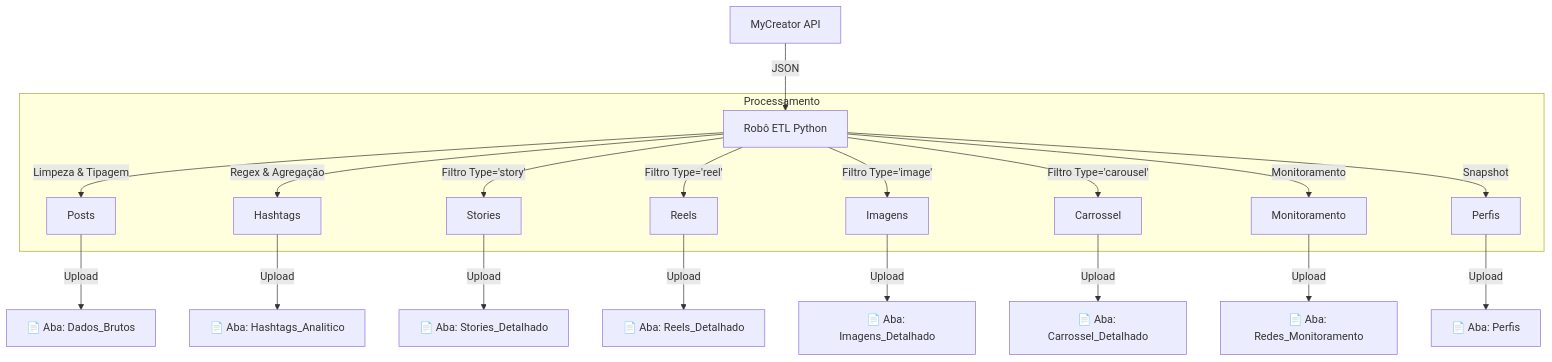
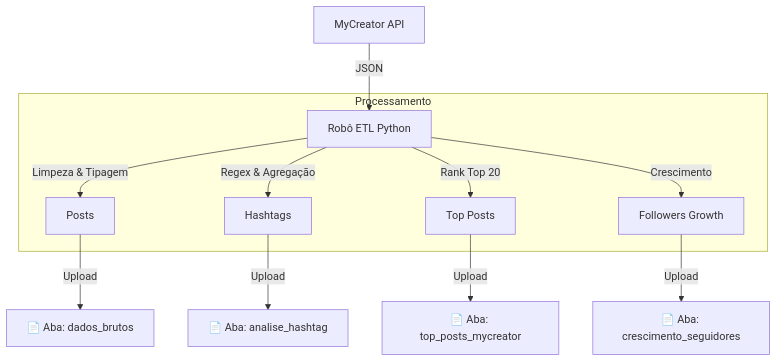
Before and after one commit to mscarpenter-myside/mycreator-analytics: the diagram in Docs/DICIONARIO_DADOS.md, drawn with Mermaid. The commit also changed other lines of this file and 5 other files, not shown here.

````diff
--- a/Docs/DICIONARIO_DADOS.md
+++ b/Docs/DICIONARIO_DADOS.md
@@ -10,24 +9,16 @@
 ```mermaid
 graph TD
     API[MyCreator API] -->|JSON| ETL[Robô ETL Python]
     
     subgraph Processamento
         ETL -->|Limpeza & Tipagem| P1[Posts]
         ETL -->|Regex & Agregação| H1[Hashtags]
-    ETL -->|Filtro Type='story'| S1[Stories]
-        ETL -->|Filtro Type='reel'| R1[Reels]
-        ETL -->|Filtro Type='image'| I1[Imagens]
-        ETL -->|Filtro Type='carousel'| C1[Carrossel]
-        ETL -->|Monitoramento| D1[Monitoramento]
-        ETL -->|Snapshot| PR1[Perfis]
+        ETL -->|Rank Top 20| T1[Top Posts]
+        ETL -->|Crescimento| CS1[Followers Growth]
     end
     
-    P1 -->|Upload| GS1[📄 Aba: Dados_Brutos]
-    PR1 -->|Upload| GS2[📄 Aba: Perfis]
-    H1 -->|Upload| GS3[📄 Aba: Hashtags_Analitico]
-    S1 -->|Upload| GS4[📄 Aba: Stories_Detalhado]
-    R1 -->|Upload| GS5[📄 Aba: Reels_Detalhado]
-    I1 -->|Upload| GS6[📄 Aba: Imagens_Detalhado]
-    C1 -->|Upload| GS7[📄 Aba: Carrossel_Detalhado]
-    D1 -->|Upload| GS8[📄 Aba: Redes_Monitoramento]
+    P1 -->|Upload| GS1[📄 Aba: dados_brutos]
+    H1 -->|Upload| GS3[📄 Aba: analise_hashtag]
+    T1 -->|Upload| GS4[📄 Aba: top_posts_mycreator]
+    CS1 -->|Upload| GS5[📄 Aba: crescimento_seguidores]
 ```
````
